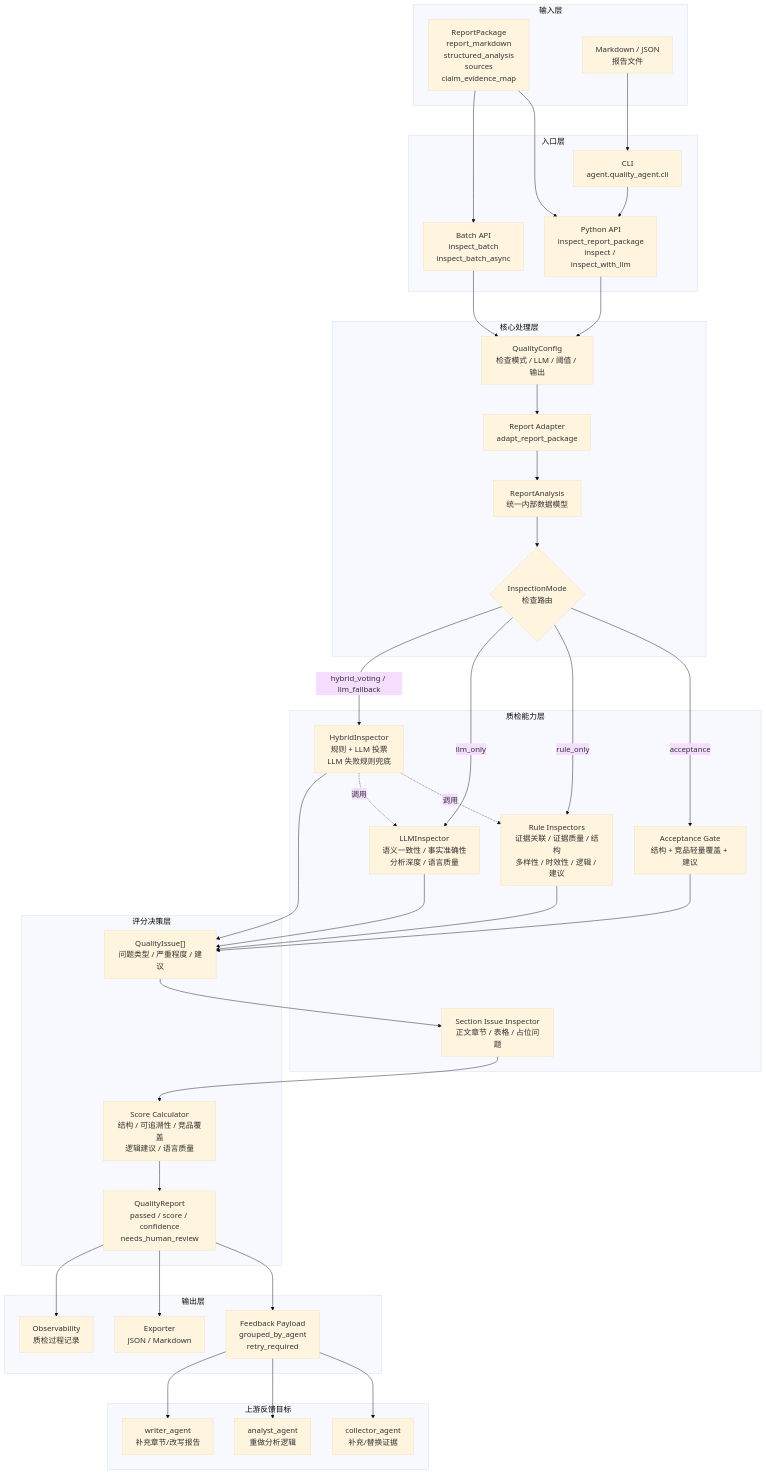
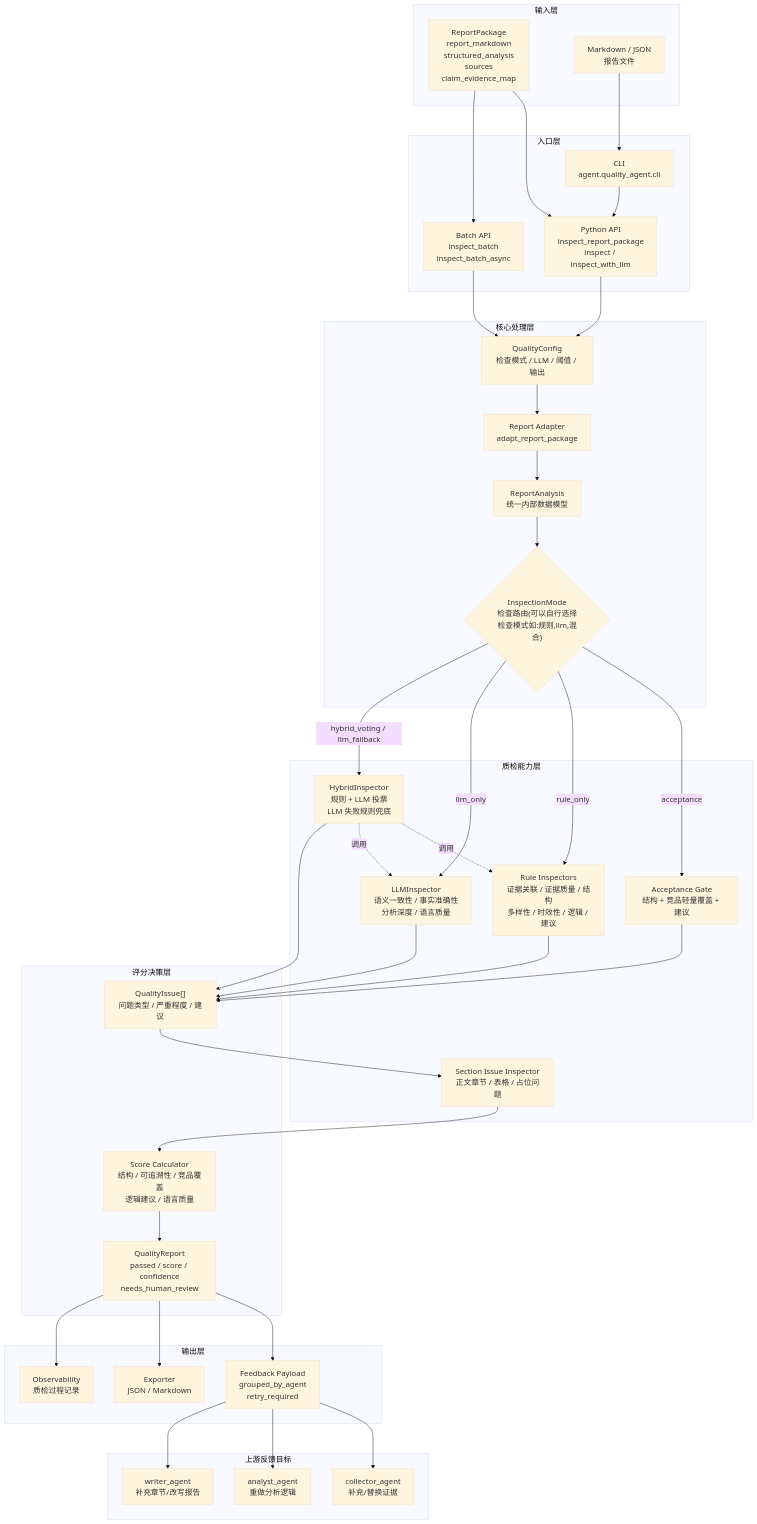
One commit to JasonZhaojx/bytedance-ai-competition changed the diagram in agent/quality_agent/README.md. Above: the diagram before and after it, drawn with Mermaid.

````diff
--- a/agent/quality_agent/README.md
+++ b/agent/quality_agent/README.md
@@ -7,78 +7,78 @@
 ```mermaid
 %%{init: {"theme": "base", "themeVariables": {"fontSize": "18px", "fontFamily": "Arial, Microsoft YaHei, sans-serif"}, "flowchart": {"nodeSpacing": 50, "rankSpacing": 70, "curve": "basis"}}}%%
 flowchart TD
     subgraph Input["输入层"]
         RP["ReportPackage<br/>report_markdown<br/>structured_analysis<br/>sources<br/>claim_evidence_map"]
         MD["Markdown / JSON<br/>报告文件"]
     end
 
     subgraph Entry["入口层"]
         API["Python API<br/>inspect_report_package<br/>inspect / inspect_with_llm"]
         CLI["CLI<br/>agent.quality_agent.cli"]
         BATCH["Batch API<br/>inspect_batch<br/>inspect_batch_async"]
     end
 
     subgraph Core["核心处理层"]
         CFG["QualityConfig<br/>检查模式 / LLM / 阈值 / 输出"]
         ADP["Report Adapter<br/>adapt_report_package"]
         RA["ReportAnalysis<br/>统一内部数据模型"]
-        ROUTER{"InspectionMode<br/>检查路由"}
+        ROUTER{"InspectionMode<br/>检查路由(可以自行选择检查模式如:规则,llm,混合)"}
     end
 
     subgraph Inspectors["质检能力层"]
         ACC["Acceptance Gate<br/>结构 + 竞品轻量覆盖 + 建议"]
         RULE["Rule Inspectors<br/>证据关联 / 证据质量 / 结构<br/>多样性 / 时效性 / 逻辑 / 建议"]
         LLM["LLMInspector<br/>语义一致性 / 事实准确性<br/>分析深度 / 语言质量"]
         HYBRID["HybridInspector<br/>规则 + LLM 投票<br/>LLM 失败规则兜底"]
         SECTION["Section Issue Inspector<br/>正文章节 / 表格 / 占位问题"]
     end
 
     subgraph Decision["评分决策层"]
         ISSUES["QualityIssue[]<br/>问题类型 / 严重程度 / 建议"]
         SCORE["Score Calculator<br/>结构 / 可追溯性 / 竞品覆盖<br/>逻辑建议 / 语言质量"]
         QR["QualityReport<br/>passed / score / confidence<br/>needs_human_review"]
     end
 
     subgraph Output["输出层"]
         FB["Feedback Payload<br/>grouped_by_agent<br/>retry_required"]
         EXP["Exporter<br/>JSON / Markdown"]
         OBS["Observability<br/>质检过程记录"]
     end
 
     subgraph Upstream["上游反馈目标"]
         COL["collector_agent<br/>补充/替换证据"]
         ANA["analyst_agent<br/>重做分析逻辑"]
         WRI["writer_agent<br/>补充章节/改写报告"]
     end
 
     RP --> API
     RP --> BATCH
     MD --> CLI
     CLI --> API
     API --> CFG
     BATCH --> CFG
     CFG --> ADP
     ADP --> RA
     RA --> ROUTER
 
     ROUTER -->|acceptance| ACC
     ROUTER -->|rule_only| RULE
     ROUTER -->|llm_only| LLM
     ROUTER -->|hybrid_voting / llm_fallback| HYBRID
     HYBRID -.调用.-> RULE
     HYBRID -.调用.-> LLM
 
     ACC --> ISSUES
     RULE --> ISSUES
     LLM --> ISSUES
     HYBRID --> ISSUES
     ISSUES --> SECTION --> SCORE --> QR
 
     QR --> FB
     QR --> EXP
     QR --> OBS
 
     FB --> COL
     FB --> ANA
     FB --> WRI
 ```
````
